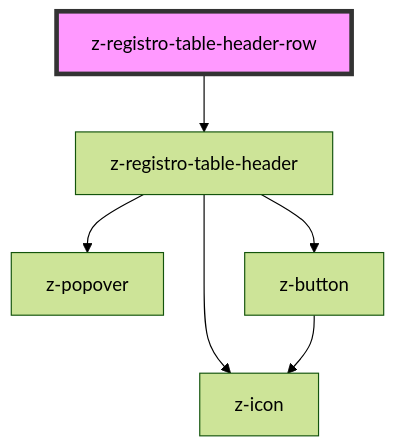
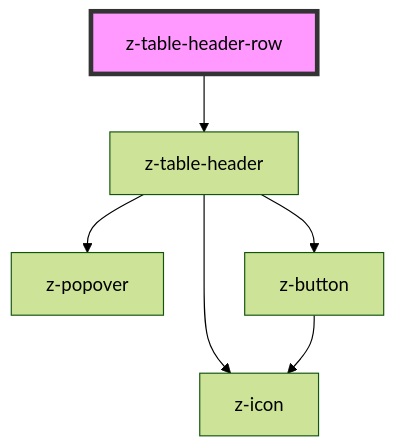
One commit to ZanichelliEditore/design-system changed the diagram in src/components/z-table/z-table-header-row/readme.md. Above: the diagram before and after it, drawn with Mermaid (forest theme). The commit also changed other lines of this file and 10 other files, not shown here.

````diff
--- a/src/components/z-table/z-table-header-row/readme.md
+++ b/src/components/z-table/z-table-header-row/readme.md
@@ -22,9 +22,9 @@
 ```mermaid
 graph TD;
-  z-registro-table-header-row --> z-registro-table-header
-  z-registro-table-header --> z-icon
-  z-registro-table-header --> z-popover
-  z-registro-table-header --> z-button
+  z-table-header-row --> z-table-header
+  z-table-header --> z-icon
+  z-table-header --> z-popover
+  z-table-header --> z-button
   z-button --> z-icon
-  style z-registro-table-header-row fill:#f9f,stroke:#333,stroke-width:4px
+  style z-table-header-row fill:#f9f,stroke:#333,stroke-width:4px
 ```
````
